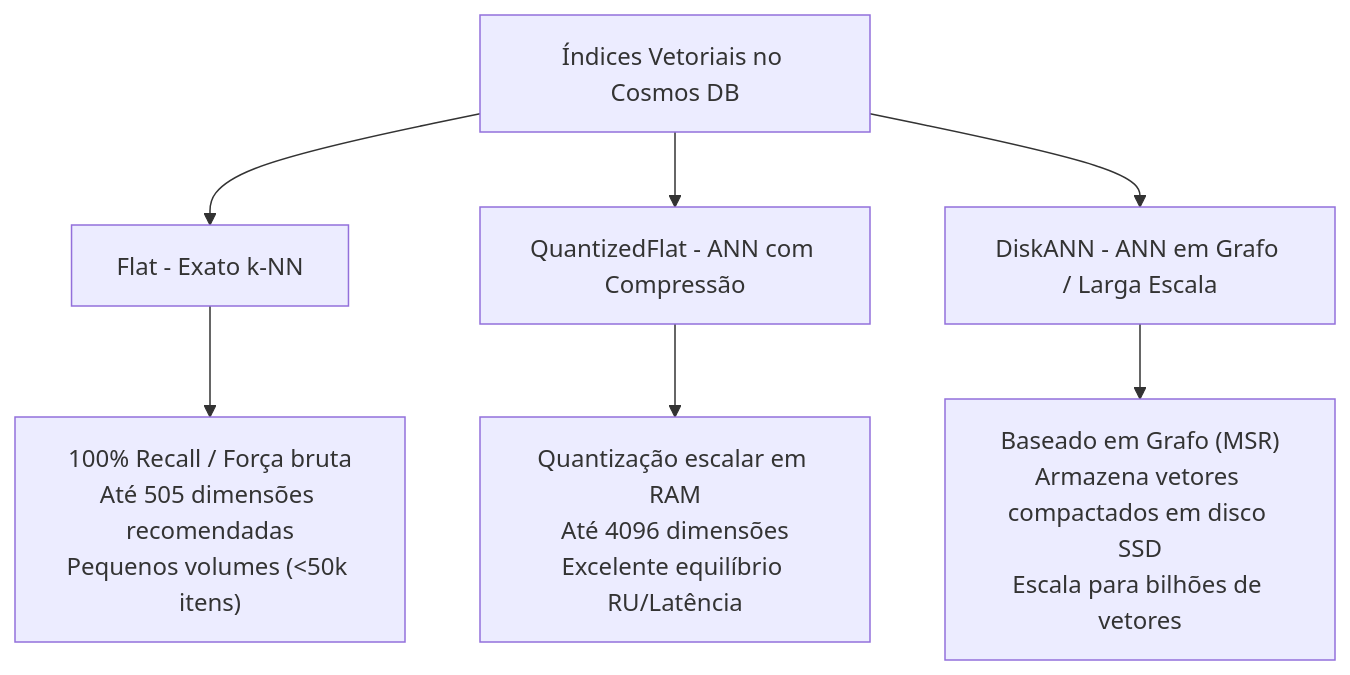
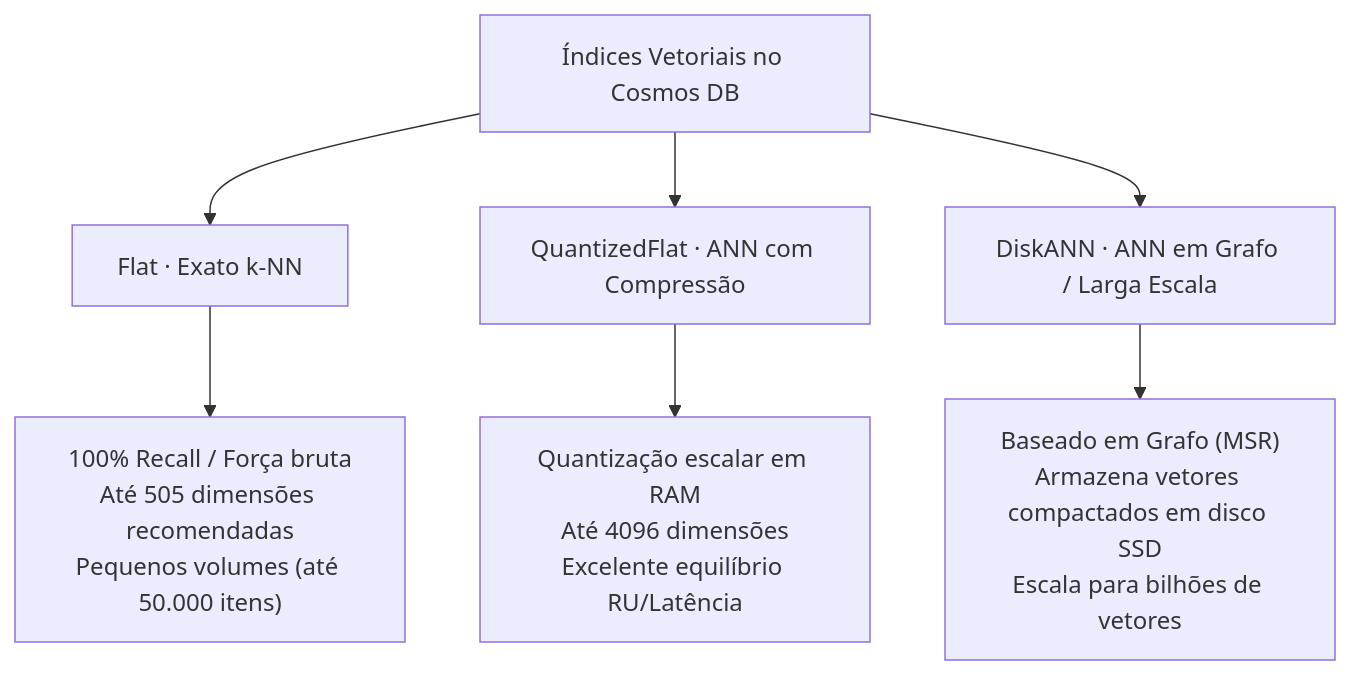
One commit to joaovpimenta/azure-ai-200 changed the diagram in chapters/04-cosmos-db-nosql/cosmos-db-busca-vetorial.md. Above: the diagram before and after it, drawn with Mermaid. The commit also changed 7 other files, not shown here.

````diff
--- a/chapters/04-cosmos-db-nosql/cosmos-db-busca-vetorial.md
+++ b/chapters/04-cosmos-db-nosql/cosmos-db-busca-vetorial.md
@@ -123,10 +123,10 @@
 ```mermaid
-graph TD
-    V[Índices Vetoriais no Cosmos DB] --> Flat[Flat - Exato k-NN]
-    V --> QFlat[QuantizedFlat - ANN com Compressão]
-    V --> DiskANN[DiskANN - ANN em Grafo / Larga Escala]
+flowchart TD
+    V["Índices Vetoriais no Cosmos DB"] --> Flat["Flat · Exato k-NN"]
+    V --> QFlat["QuantizedFlat · ANN com Compressão"]
+    V --> DiskANN["DiskANN · ANN em Grafo / Larga Escala"]
 
-    Flat --> F_Desc["100% Recall / Força bruta\nAté 505 dimensões recomendadas\nPequenos volumes (<50k itens)"]
-    QFlat --> Q_Desc["Quantização escalar em RAM\nAté 4096 dimensões\nExcelente equilíbrio RU/Latência"]
-    DiskANN --> D_Desc["Baseado em Grafo (MSR)\nArmazena vetores compactados em disco SSD\nEscala para bilhões de vetores"]
+    Flat --> F_Desc["100% Recall / Força bruta<br/>Até 505 dimensões recomendadas<br/>Pequenos volumes (até 50.000 itens)"]
+    QFlat --> Q_Desc["Quantização escalar em RAM<br/>Até 4096 dimensões<br/>Excelente equilíbrio RU/Latência"]
+    DiskANN --> D_Desc["Baseado em Grafo (MSR)<br/>Armazena vetores compactados em disco SSD<br/>Escala para bilhões de vetores"]
 ```
````
